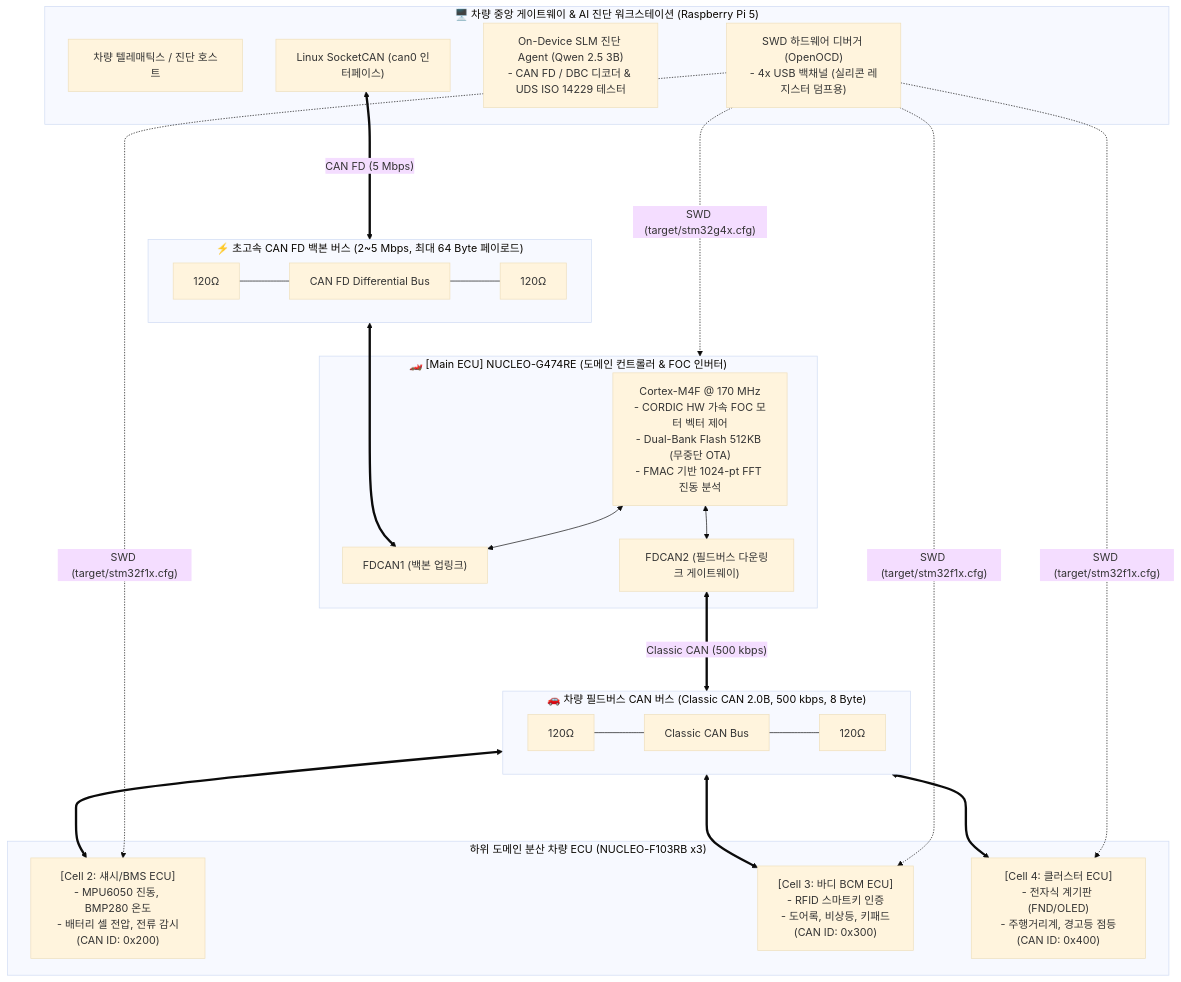
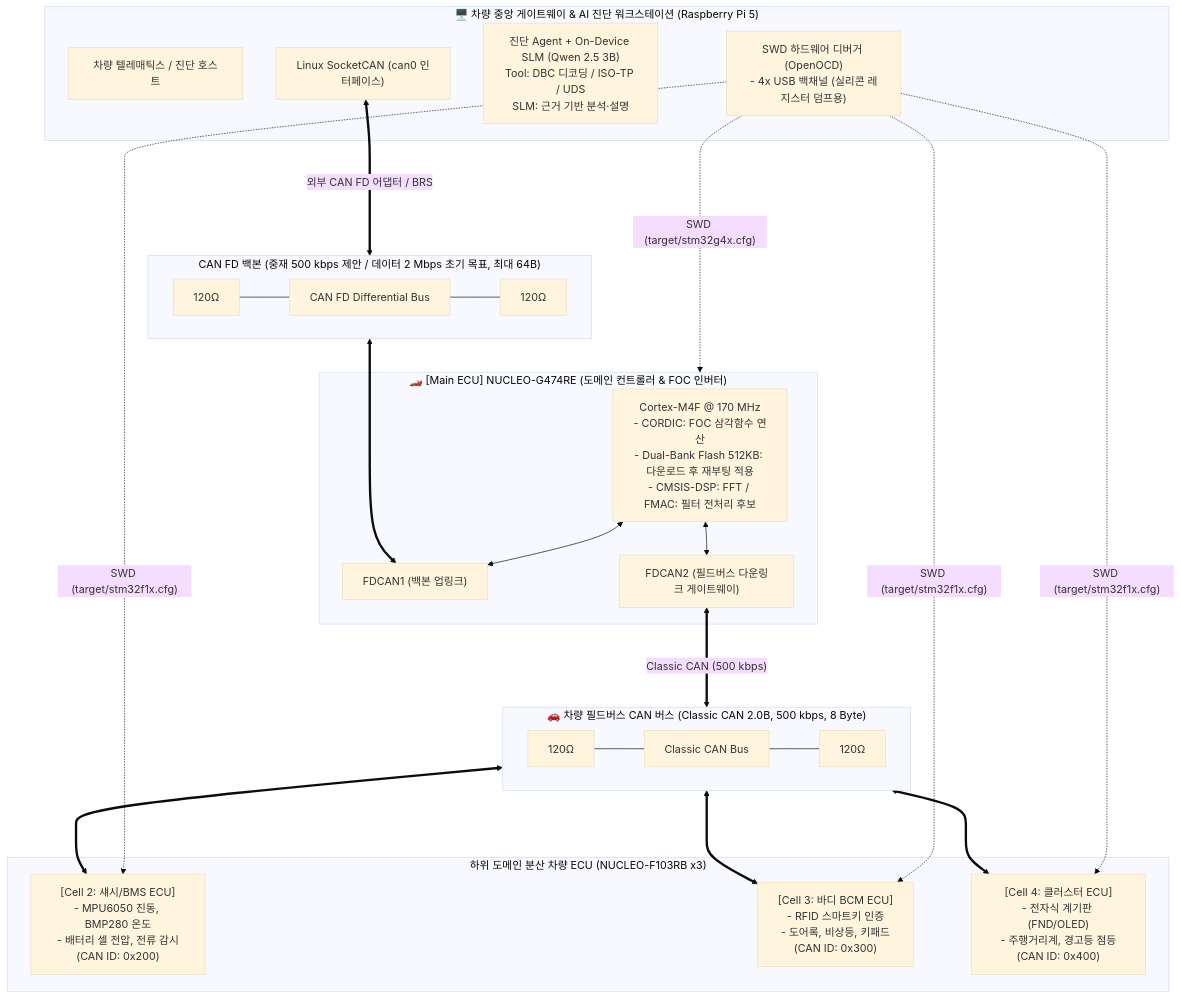
Before and after one commit to ssafy16-embbedded21-team1-2/ssafy_embedded_pjt_setup: the diagram in docs/차량용_CAN_통신_도입_및_아키텍처_설계.md, drawn with Mermaid (base theme). The commit also changed other lines of this file and 2 other files, not shown here.

````diff
--- a/docs/차량용_CAN_통신_도입_및_아키텍처_설계.md
+++ b/docs/차량용_CAN_통신_도입_및_아키텍처_설계.md
@@ -12,46 +15,46 @@
 ```mermaid
 flowchart TB
     subgraph Gateway["🖥️ 차량 중앙 게이트웨이 & AI 진단 워크스테이션 (Raspberry Pi 5)"]
         TCU["차량 텔레매틱스 / 진단 호스트"]
         SOCKETCAN["Linux SocketCAN (can0 인터페이스)"]
-        AI_AGENT["On-Device SLM 진단 Agent (Qwen 2.5 3B)<br/>- CAN FD / DBC 디코더 & UDS ISO 14229 테스터"]
+        AI_AGENT["진단 Agent + On-Device SLM (Qwen 2.5 3B)<br/>Tool: DBC 디코딩 / ISO-TP / UDS<br/>SLM: 근거 기반 분석·설명"]
         SWD_DEBUG["SWD 하드웨어 디버거 (OpenOCD)<br/>- 4x USB 백채널 (실리콘 레지스터 덤프용)"]
     end
 
-    subgraph CAN_FD_BACKBONE["⚡ 초고속 CAN FD 백본 버스 (2~5 Mbps, 최대 64 Byte 페이로드)"]
+    subgraph CAN_FD_BACKBONE["CAN FD 백본 (중재 500 kbps 제안 / 데이터 2 Mbps 초기 목표, 최대 64B)"]
         direction LR
         TERM_FD1["120Ω"] --- FD_LINE["CAN FD Differential Bus"] --- TERM_FD2["120Ω"]
     end
 
     subgraph MAIN_DCU["🏎️ [Main ECU] NUCLEO-G474RE (도메인 컨트롤러 & FOC 인버터)"]
-        G4_CORE["Cortex-M4F @ 170 MHz<br/>- CORDIC HW 가속 FOC 모터 벡터 제어<br/>- Dual-Bank Flash 512KB (무중단 OTA)<br/>- FMAC 기반 1024-pt FFT 진동 분석"]
+        G4_CORE["Cortex-M4F @ 170 MHz<br/>- CORDIC: FOC 삼각함수 연산<br/>- Dual-Bank Flash 512KB: 다운로드 후 재부팅 적용<br/>- CMSIS-DSP: FFT / FMAC: 필터 전처리 후보"]
         FDCAN_CH1["FDCAN1 (백본 업링크)"]
         FDCAN_CH2["FDCAN2 (필드버스 다운링크 게이트웨이)"]
     end
 
     subgraph CAN_SUB_BUS["🚗 차량 필드버스 CAN 버스 (Classic CAN 2.0B, 500 kbps, 8 Byte)"]
         direction LR
         TERM_C1["120Ω"] --- CAN_LINE["Classic CAN Bus"] --- TERM_C2["120Ω"]
     end
 
     subgraph SUB_ECUS["하위 도메인 분산 차량 ECU (NUCLEO-F103RB x3)"]
         ECU2["[Cell 2: 섀시/BMS ECU]<br/>- MPU6050 진동, BMP280 온도<br/>- 배터리 셀 전압, 전류 감시<br/>(CAN ID: 0x200)"]
         ECU3["[Cell 3: 바디 BCM ECU]<br/>- RFID 스마트키 인증<br/>- 도어록, 비상등, 키패드<br/>(CAN ID: 0x300)"]
         ECU4["[Cell 4: 클러스터 ECU]<br/>- 전자식 계기판 (FND/OLED)<br/>- 주행거리계, 경고등 점등<br/>(CAN ID: 0x400)"]
     end
 
-    SOCKETCAN <===>|"CAN FD (5 Mbps)"| CAN_FD_BACKBONE
+    SOCKETCAN <===>|"외부 CAN FD 어댑터 / BRS"| CAN_FD_BACKBONE
     CAN_FD_BACKBONE <===> FDCAN_CH1
     G4_CORE <--> FDCAN_CH1
     G4_CORE <--> FDCAN_CH2
     FDCAN_CH2 <===>|"Classic CAN (500 kbps)"| CAN_SUB_BUS
 
     CAN_SUB_BUS <===> ECU2
     CAN_SUB_BUS <===> ECU3
     CAN_SUB_BUS <===> ECU4
 
     SWD_DEBUG -.->|"SWD (target/stm32g4x.cfg)"| MAIN_DCU
     SWD_DEBUG -.->|"SWD (target/stm32f1x.cfg)"| ECU2
     SWD_DEBUG -.->|"SWD (target/stm32f1x.cfg)"| ECU3
     SWD_DEBUG -.->|"SWD (target/stm32f1x.cfg)"| ECU4
 ```
````
